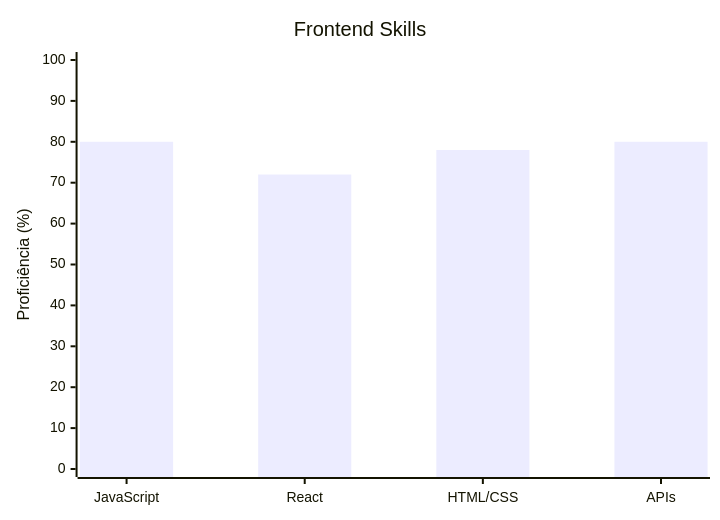
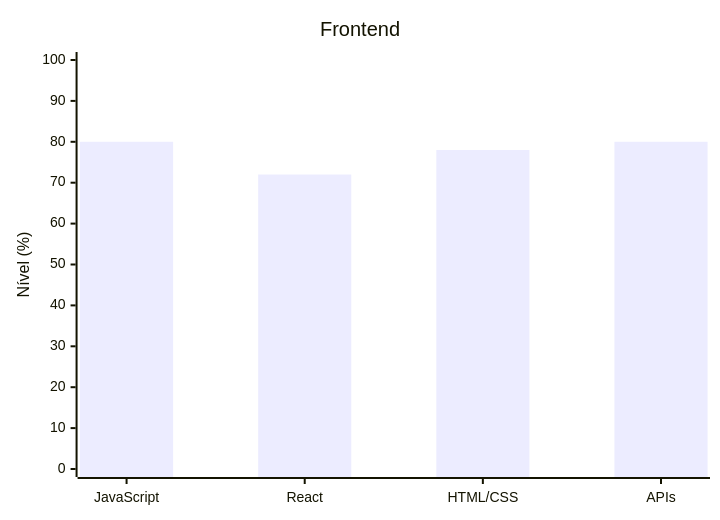
Before and after one commit to PedrinSX77/PedrinSX77: the second of 2 diagrams in README.md, drawn with Mermaid. The commit also changed other lines of this file, not shown here.

````diff
--- a/README.md
+++ b/README.md
@@ -76,7 +76,7 @@
 ```mermaid
 xychart-beta
-    title "Frontend Skills"
+    title "Frontend"
     x-axis ["JavaScript", "React", "HTML/CSS", "APIs"]
-    y-axis "Proficiência (%)" 0 --> 100
+    y-axis "Nível (%)" 0 --> 100
     bar [80, 72, 78, 80]
 ```
````
